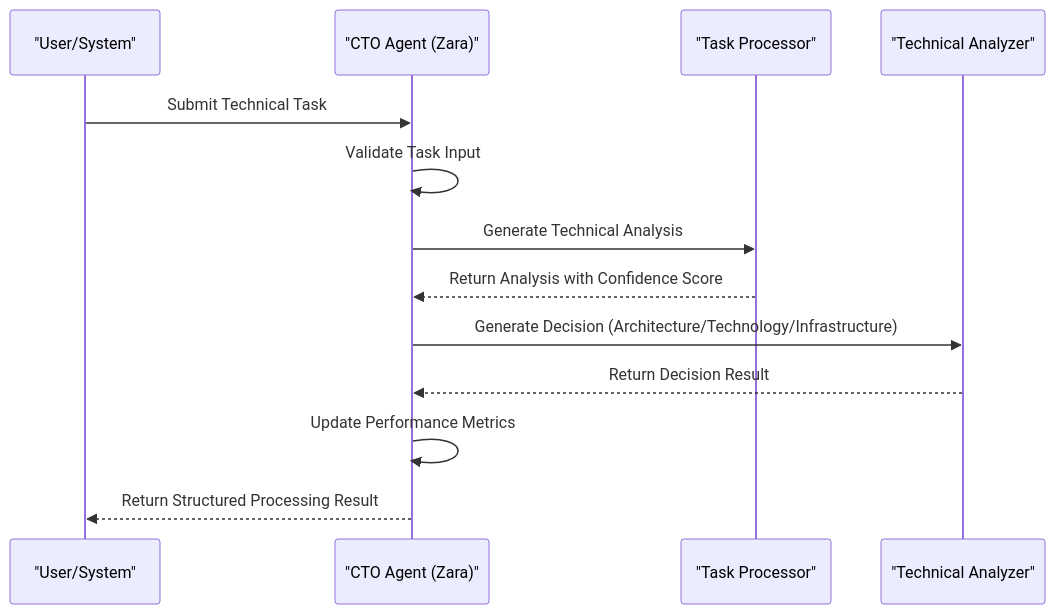
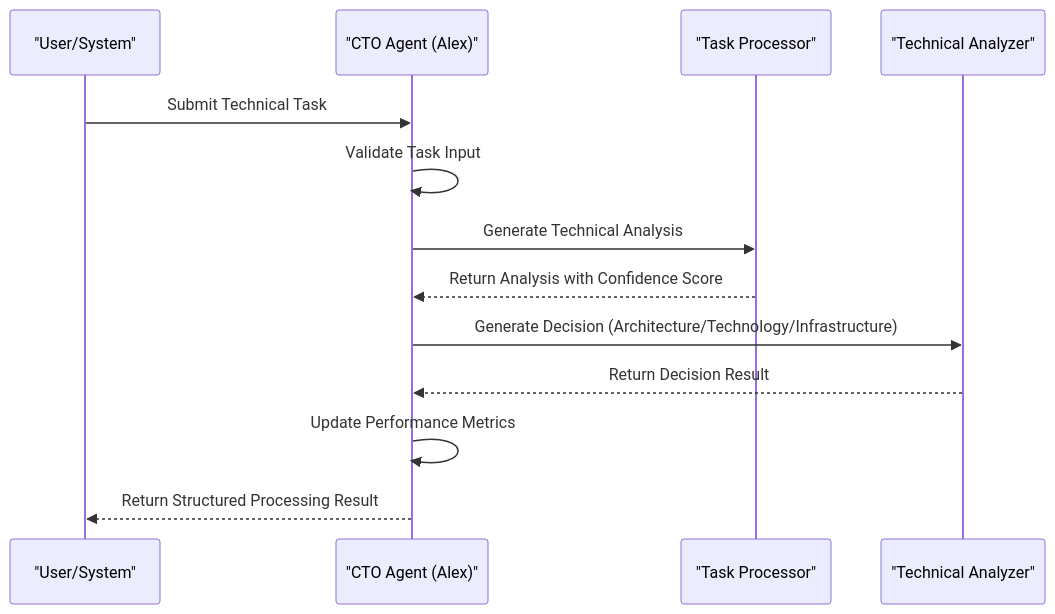
The third of 5 diagrams in .qoder/repowiki/en/content/CTO Agent (Alex).md (371-Minds/os), drawn with Mermaid before and after one commit. The commit also changed other lines of this file and 8 other files, not shown here.

````diff
--- a/.qoder/repowiki/en/content/CTO Agent (Alex).md
+++ b/.qoder/repowiki/en/content/CTO Agent (Alex).md
@@ -228,15 +239,15 @@
 ```mermaid
 sequenceDiagram
 participant User as "User/System"
-participant CTO as "CTO Agent (Zara)"
+participant CTO as "CTO Agent (Alex)"
 participant Processor as "Task Processor"
 participant Analyzer as "Technical Analyzer"
 User->>CTO : Submit Technical Task
 CTO->>CTO : Validate Task Input
 CTO->>Processor : Generate Technical Analysis
 Processor-->>CTO : Return Analysis with Confidence Score
 CTO->>Analyzer : Generate Decision (Architecture/Technology/Infrastructure)
 Analyzer-->>CTO : Return Decision Result
 CTO->>CTO : Update Performance Metrics
 CTO-->>User : Return Structured Processing Result
 ```
````
